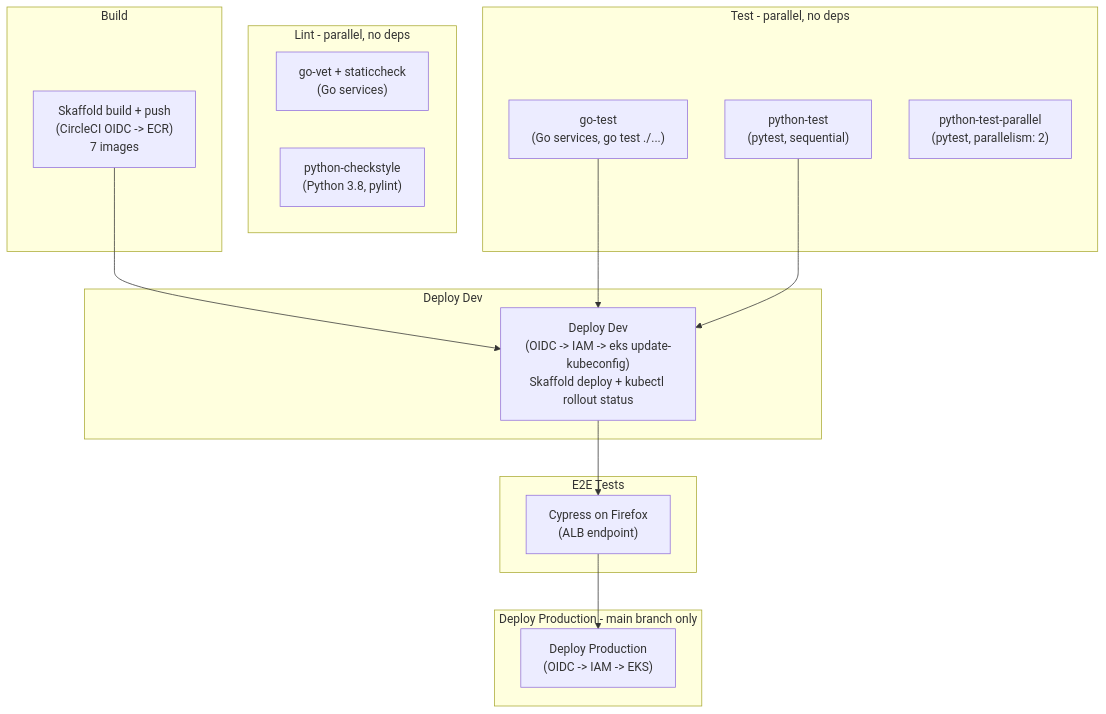
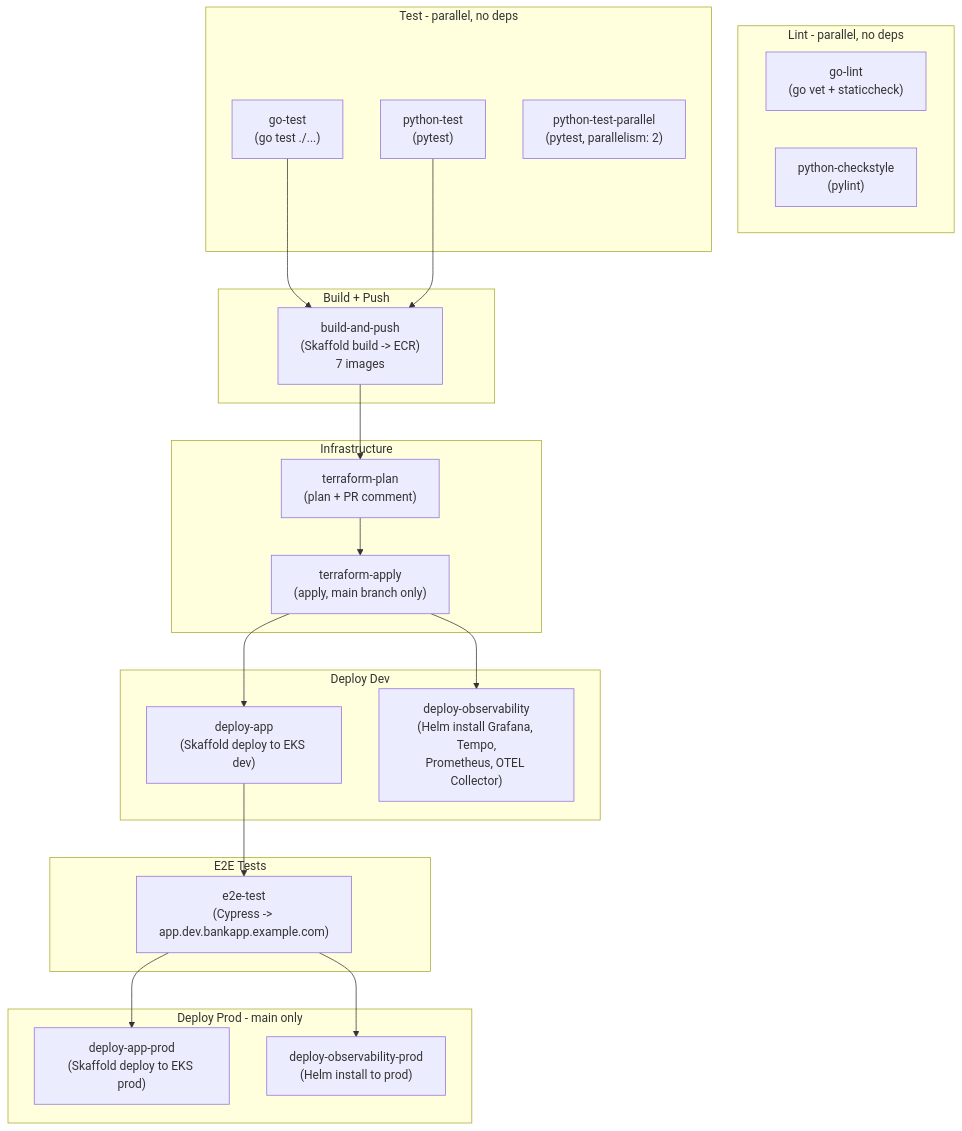
One commit to AwesomeCICD/circle-banking-app changed the second of 2 diagrams in docs/proposed-architecture.md. Above: the diagram before and after it, drawn with Mermaid. The commit also changed other lines of this file and 162 other files, not shown here.

````diff
--- a/docs/proposed-architecture.md
+++ b/docs/proposed-architecture.md
@@ -180,36 +404,46 @@
 ```mermaid
 flowchart TD
     subgraph lint [Lint - parallel, no deps]
-        GoLint["go-vet + staticcheck\n(Go services)"]
-        PyLint["python-checkstyle\n(Python 3.8, pylint)"]
+        GoLint["go-lint\n(go vet + staticcheck)"]
+        PyLint["python-checkstyle\n(pylint)"]
     end
 
     subgraph test [Test - parallel, no deps]
-        GoTest["go-test\n(Go services, go test ./...)"]
-        PyTest["python-test\n(pytest, sequential)"]
+        GoTest["go-test\n(go test ./...)"]
+        PyTest["python-test\n(pytest)"]
         PyTestPar["python-test-parallel\n(pytest, parallelism: 2)"]
     end
 
-    subgraph build [Build]
-        BuildPush["Skaffold build + push\n(CircleCI OIDC -> ECR)\n7 images"]
+    subgraph build [Build + Push]
+        BuildPush["build-and-push\n(Skaffold build -> ECR)\n7 images"]
     end
 
-    subgraph deployDev [Deploy Dev]
-        DeployDev["Deploy Dev\n(OIDC -> IAM -> eks update-kubeconfig)\nSkaffold deploy + kubectl rollout status"]
+    subgraph infra [Infrastructure]
+        TFPlan["terraform-plan\n(plan + PR comment)"]
+        TFApply["terraform-apply\n(apply, main branch only)"]
+    end
+
+    subgraph deploy_dev [Deploy Dev]
+        DeployApp["deploy-app\n(Skaffold deploy to EKS dev)"]
+        DeployObs["deploy-observability\n(Helm install Grafana, Tempo,\nPrometheus, OTEL Collector)"]
     end
 
     subgraph e2e [E2E Tests]
-        E2E["Cypress on Firefox\n(ALB endpoint)"]
+        E2E["e2e-test\n(Cypress -> app.dev.bankapp.example.com)"]
     end
 
-    subgraph deployProd [Deploy Production - main branch only]
-        DeployProd["Deploy Production\n(OIDC -> IAM -> EKS)"]
+    subgraph deploy_prod [Deploy Prod - main only]
+        DeployProd["deploy-app-prod\n(Skaffold deploy to EKS prod)"]
+        DeployObsProd["deploy-observability-prod\n(Helm install to prod)"]
     end
 
-    BuildPush --> DeployDev
-    GoTest --> DeployDev
-    PyTest --> DeployDev
-
-    DeployDev --> E2E
+    GoTest --> BuildPush
+    PyTest --> BuildPush
+    BuildPush --> TFPlan
+    TFPlan --> TFApply
+    TFApply --> DeployApp
+    TFApply --> DeployObs
+    DeployApp --> E2E
     E2E --> DeployProd
+    E2E --> DeployObsProd
 ```
````
